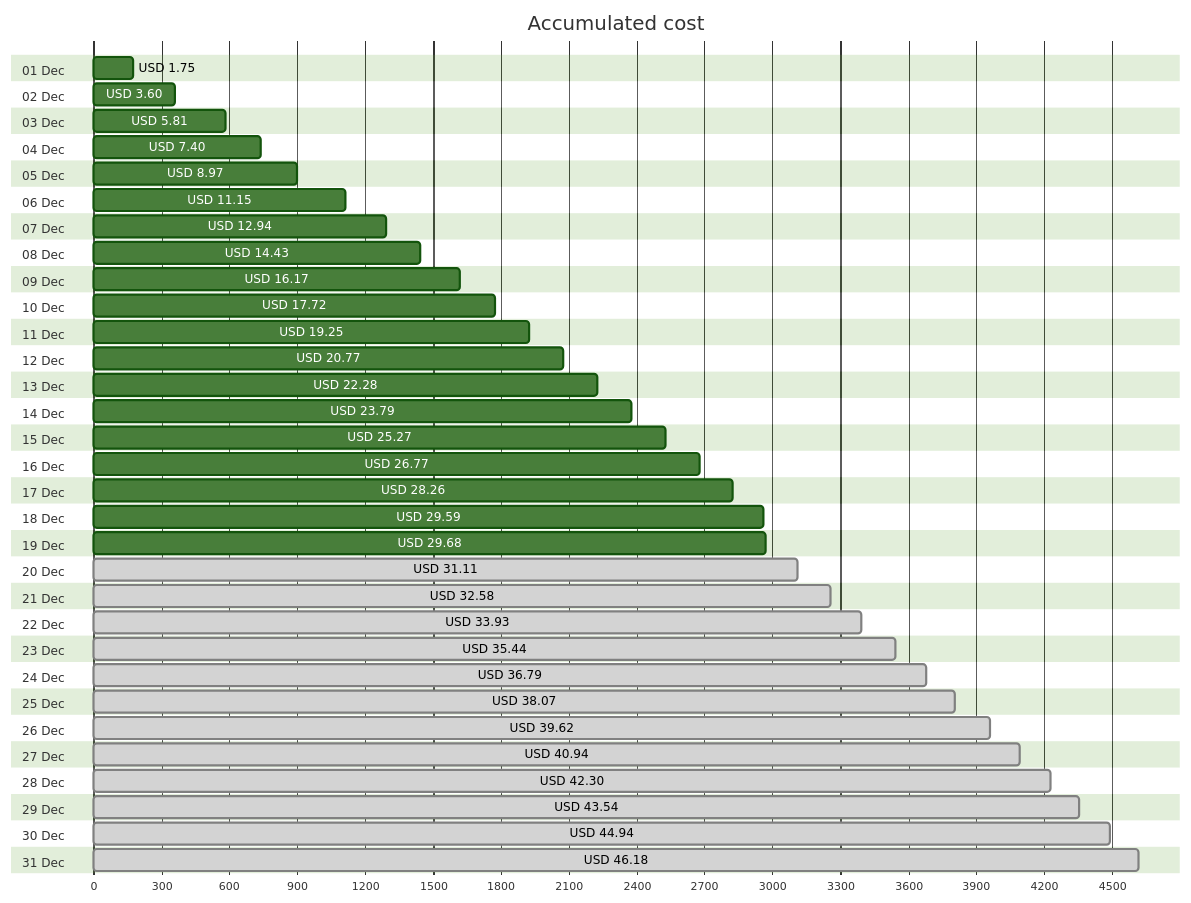
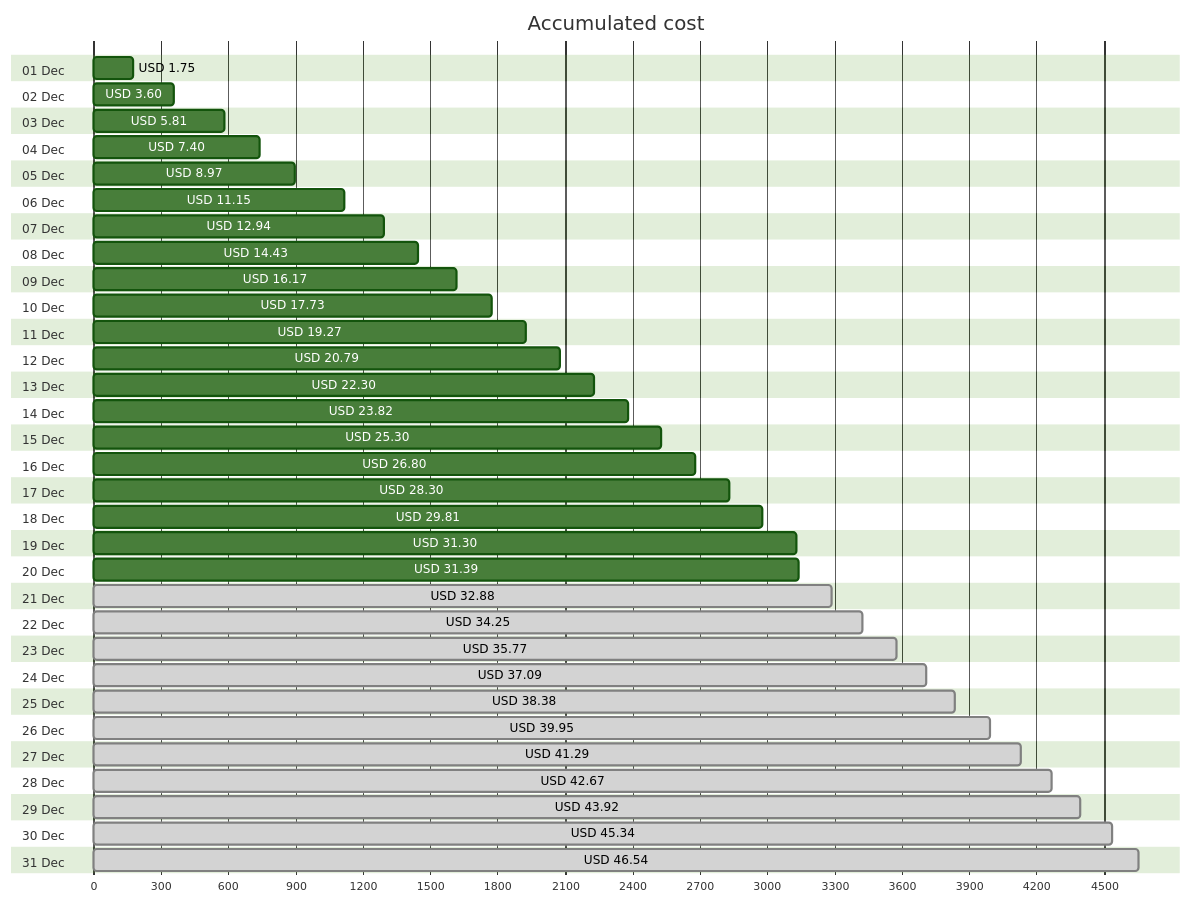
One commit to jpfulton/azure-personal-reports changed the first of 4 diagrams in cost-reports/personal-network/README.md. Above: the diagram before and after it, drawn with Mermaid (forest theme). The commit also changed other lines of this file and 8 other files, not shown here.

````diff
--- a/cost-reports/personal-network/README.md
+++ b/cost-reports/personal-network/README.md
@@ -20,68 +20,68 @@
 ```mermaid
 gantt
    title Accumulated cost
    dateFormat  X
    axisFormat %s
    section 01 Dec
    USD 1.75 :0, 175
    section 02 Dec
    USD 3.60 :0, 360
    section 03 Dec
    USD 5.81 :0, 581
    section 04 Dec
    USD 7.40 :0, 740
    section 05 Dec
    USD 8.97 :0, 897
    section 06 Dec
    USD 11.15 :0, 1115
    section 07 Dec
    USD 12.94 :0, 1294
    section 08 Dec
    USD 14.43 :0, 1443
    section 09 Dec
    USD 16.17 :0, 1617
    section 10 Dec
-   USD 17.72 :0, 1772
+   USD 17.73 :0, 1773
    section 11 Dec
-   USD 19.25 :0, 1925
+   USD 19.27 :0, 1927
    section 12 Dec
-   USD 20.77 :0, 2077
+   USD 20.79 :0, 2079
    section 13 Dec
-   USD 22.28 :0, 2228
+   USD 22.30 :0, 2230
    section 14 Dec
-   USD 23.79 :0, 2379
+   USD 23.82 :0, 2382
    section 15 Dec
-   USD 25.27 :0, 2527
+   USD 25.30 :0, 2530
    section 16 Dec
-   USD 26.77 :0, 2677
+   USD 26.80 :0, 2680
    section 17 Dec
-   USD 28.26 :0, 2826
+   USD 28.30 :0, 2830
    section 18 Dec
-   USD 29.59 :0, 2959
+   USD 29.81 :0, 2981
    section 19 Dec
-   USD 29.68 :0, 2968
+   USD 31.30 :0, 3130
    section 20 Dec
-   USD 31.11 : done, 0, 3111
+   USD 31.39 :0, 3139
    section 21 Dec
-   USD 32.58 : done, 0, 3258
+   USD 32.88 : done, 0, 3288
    section 22 Dec
-   USD 33.93 : done, 0, 3393
+   USD 34.25 : done, 0, 3425
    section 23 Dec
-   USD 35.44 : done, 0, 3544
+   USD 35.77 : done, 0, 3577
    section 24 Dec
-   USD 36.79 : done, 0, 3679
+   USD 37.09 : done, 0, 3709
    section 25 Dec
-   USD 38.07 : done, 0, 3807
+   USD 38.38 : done, 0, 3838
    section 26 Dec
-   USD 39.62 : done, 0, 3962
+   USD 39.95 : done, 0, 3995
    section 27 Dec
-   USD 40.94 : done, 0, 4094
+   USD 41.29 : done, 0, 4129
    section 28 Dec
-   USD 42.30 : done, 0, 4230
+   USD 42.67 : done, 0, 4267
    section 29 Dec
-   USD 43.54 : done, 0, 4354
+   USD 43.92 : done, 0, 4392
    section 30 Dec
-   USD 44.94 : done, 0, 4494
+   USD 45.34 : done, 0, 4534
    section 31 Dec
-   USD 46.18 : done, 0, 4618
+   USD 46.54 : done, 0, 4654
 ```
````
